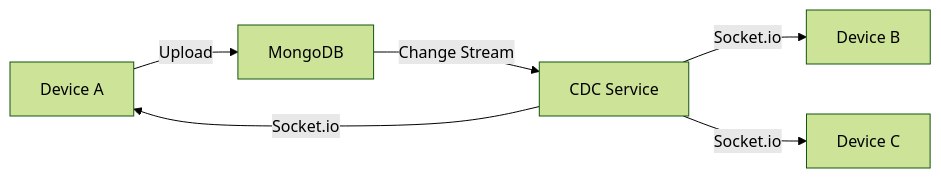
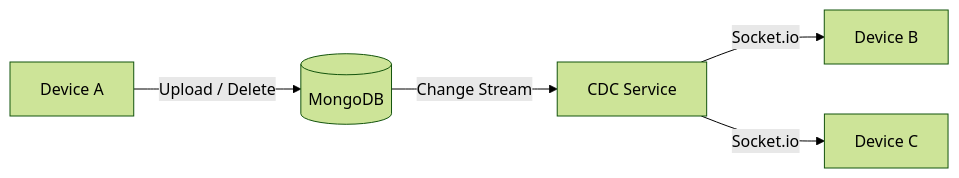
Before and after one commit to cindyylim/FileShareApp: the second of 2 diagrams in README.md, drawn with Mermaid (forest theme). The commit also changed other lines of this file and 17 other files, not shown here.

````diff
--- a/README.md
+++ b/README.md
@@ -164,8 +54,7 @@
 ```mermaid
 graph LR
-    A[Device A] -->|Upload| B[MongoDB]
+    A[Device A] -->|Upload / Delete| B[(MongoDB)]
     B -->|Change Stream| C[CDC Service]
     C -->|Socket.io| D[Device B]
     C -->|Socket.io| E[Device C]
-    C -->|Socket.io| A
 ```
````
